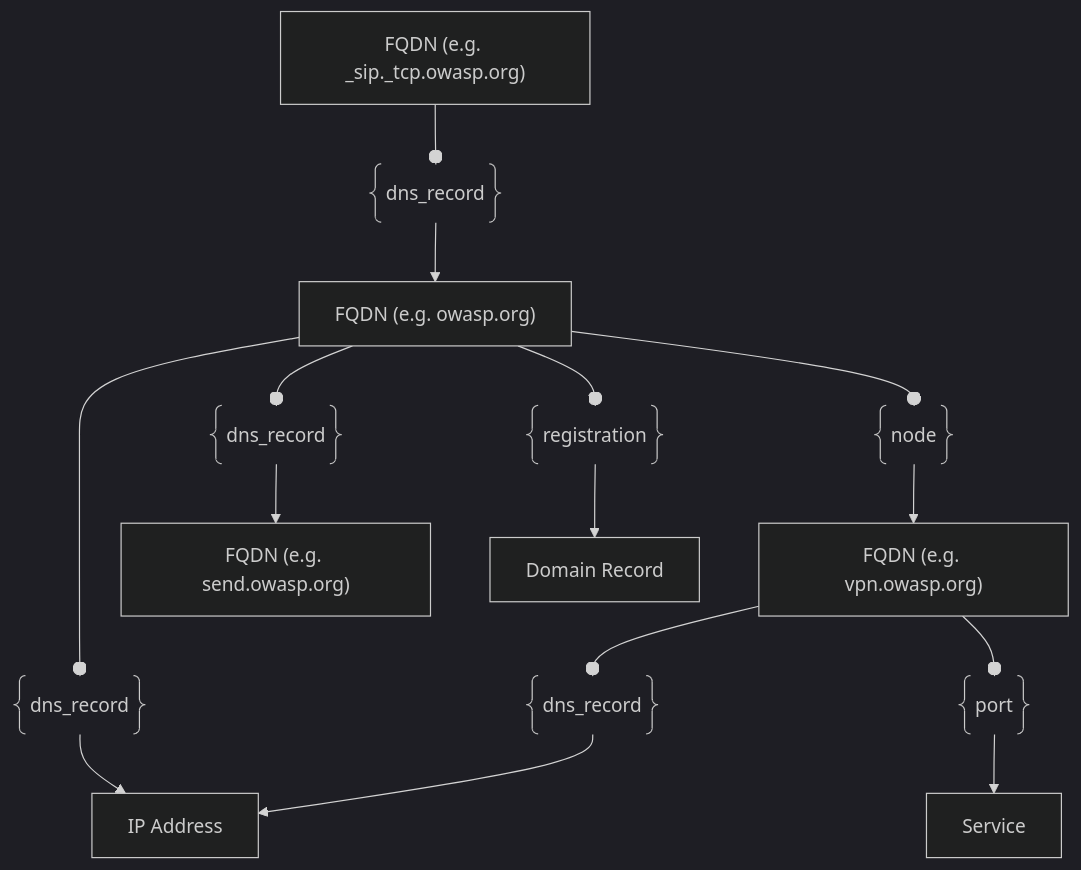
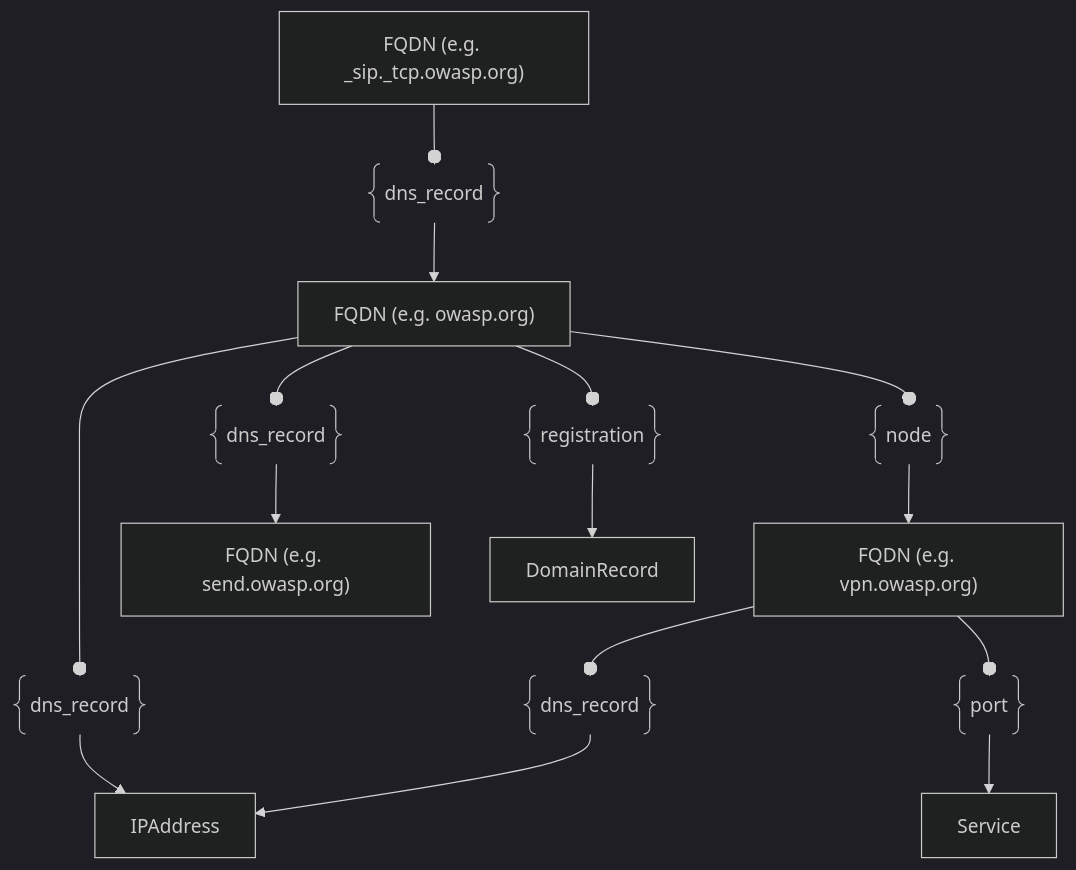
The diagram in docs/open_asset_model/assets/fqdn.md (owasp-amass/docs), drawn with Mermaid (dark theme) before and after one commit. The commit also changed other lines of this file and 14 other files, not shown here.

````diff
--- a/docs/open_asset_model/assets/fqdn.md
+++ b/docs/open_asset_model/assets/fqdn.md
@@ -21,36 +29,36 @@
 ```mermaid
 graph TD
 fqdn1["FQDN (e.g. owasp.org)"]
 fqdn2["FQDN (e.g. vpn.owasp.org)"]
 nodeRel@{ shape: braces, label: "node"}
 fqdn1 --o nodeRel
 nodeRel --> fqdn2
 
-ipaddr["IP Address"]
+ipaddr["IPAddress"]
 basicdns1@{ shape: braces, label: "dns_record"}
 basicdns2@{ shape: braces, label: "dns_record"}
 fqdn1 --o basicdns1
 basicdns1 --> ipaddr
 fqdn2 --o basicdns2
 basicdns2 --> ipaddr
 
 fqdn3["FQDN (e.g. send.owasp.org)"]
 prefdns@{ shape: braces, label: "dns_record"}
 fqdn1 --o prefdns
 prefdns --> fqdn3
 
 fqdn4["FQDN (e.g. _sip._tcp.owasp.org)"]
 srvdns@{ shape: braces, label: "dns_record"}
 fqdn4 --o srvdns
 srvdns --> fqdn1
 
 service["Service"]
 port@{ shape: braces, label: "port"}
 fqdn2 --o port
 port --> service
 
-domrec["Domain Record"]
+domrec["DomainRecord"]
 regrel@{ shape: braces, label: "registration"}
 fqdn1 --o regrel
 regrel --> domrec
 ```
````
